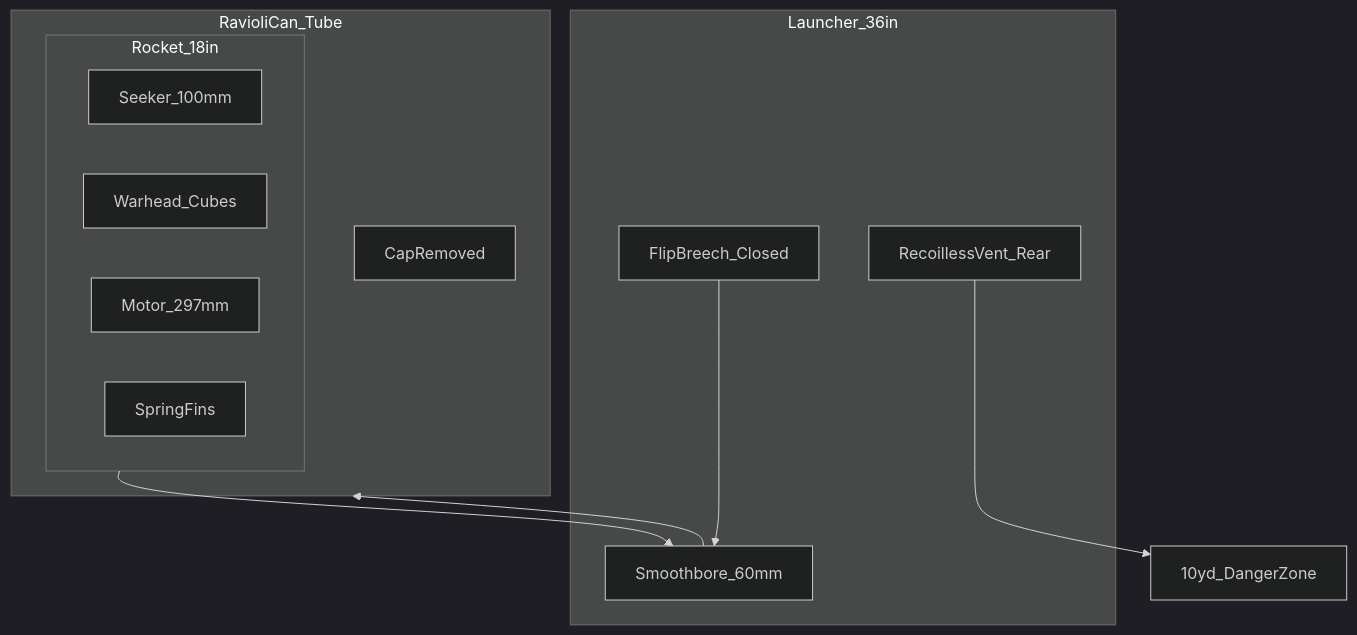
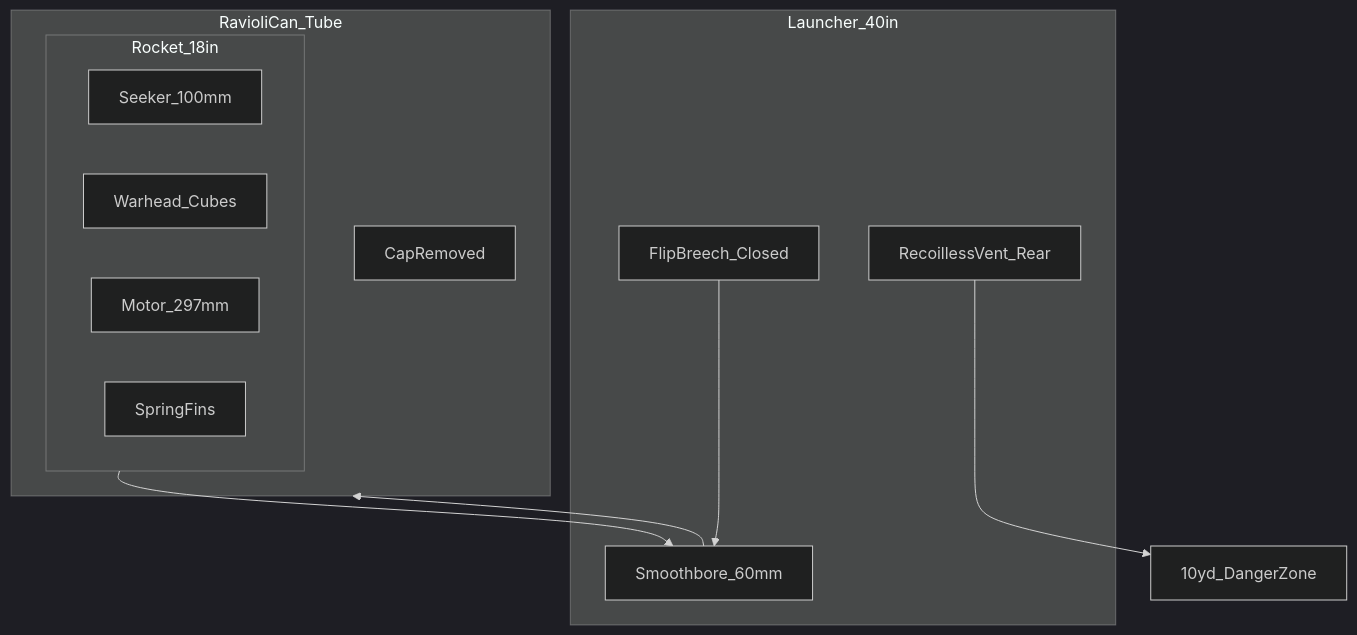
The second of 5 diagrams in docs/06-system-description.md (FratresMedAI/TKI-30-66), drawn with Mermaid (dark theme) before and after one commit. The commit also changed other lines of this file and 18 other files, not shown here.

````diff
--- a/docs/06-system-description.md
+++ b/docs/06-system-description.md
@@ -47,21 +47,21 @@
 ```mermaid
 flowchart TB
-  subgraph Launcher [Launcher_36in]
+  subgraph Launcher [Launcher_40in]
     Bore[Smoothbore_60mm]
     BreechBlock[FlipBreech_Closed]
     Vent[RecoillessVent_Rear]
   end
   subgraph Tube [RavioliCan_Tube]
     CapOff[CapRemoved]
     subgraph Rocket [Rocket_18in]
       Seeker[Seeker_100mm]
       WH[Warhead_Cubes]
       Motor[Motor_297mm]
       Fins[SpringFins]
     end
   end
   BreechBlock --> Bore
   Bore --> Tube
   Rocket --> Bore
   Vent --> VentNote[10yd_DangerZone]
 ```
````
